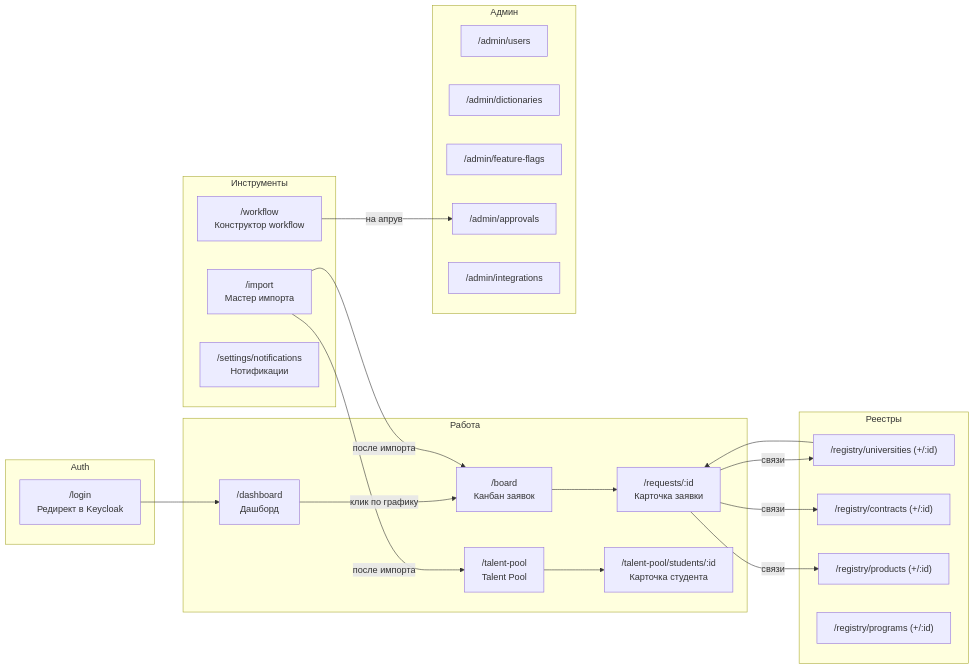
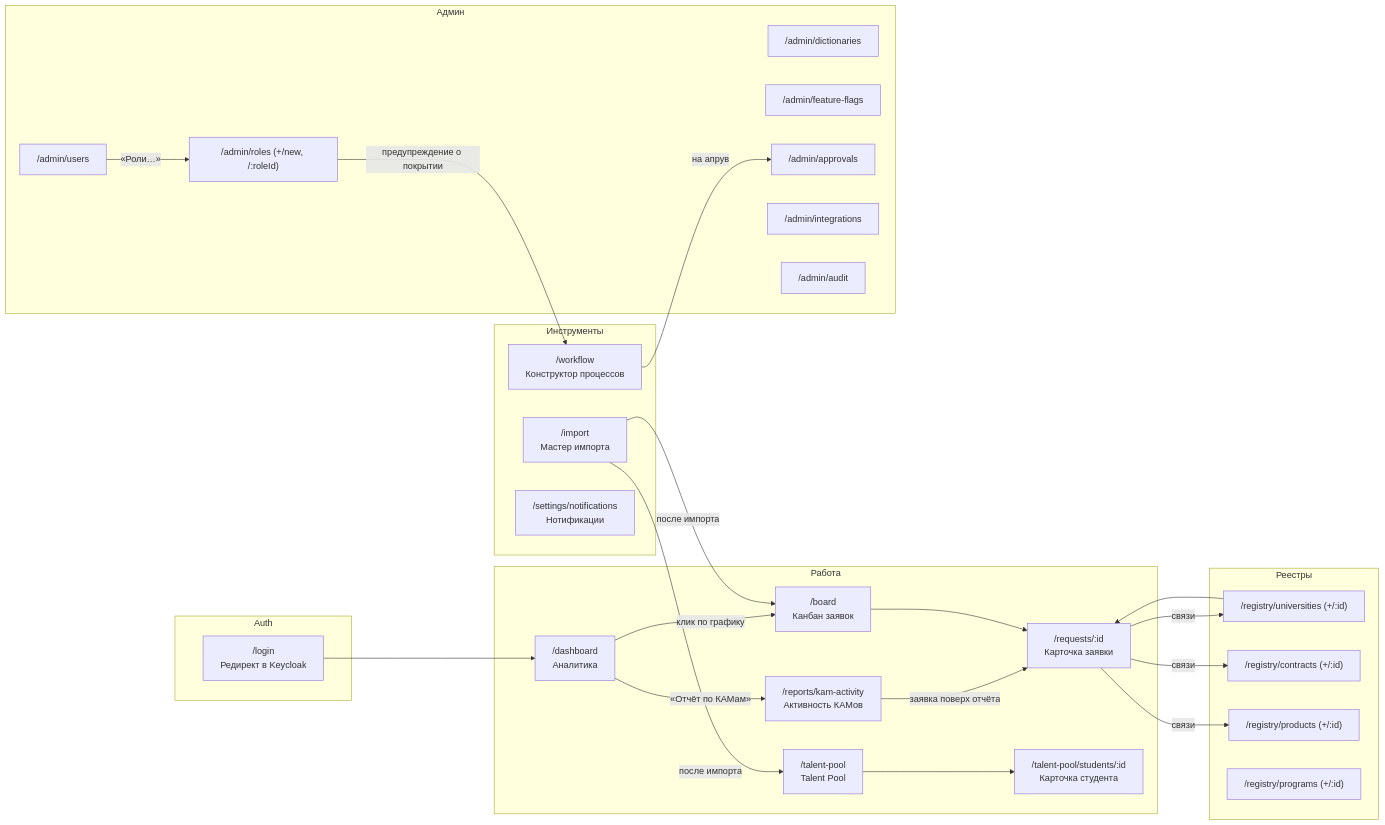
The first of 4 diagrams in docs/design/ux.md (ilya2108/Collabse-LCT-Alma), drawn with Mermaid before and after one commit. The commit also changed other lines of this file and 26 other files, not shown here.

````diff
--- a/docs/design/ux.md
+++ b/docs/design/ux.md
@@ -137,39 +152,46 @@
 ```mermaid
 flowchart LR
   subgraph Auth
     LOGIN["/login\nРедирект в Keycloak"]
   end
   subgraph Работа
-    DASH["/dashboard\nДашборд"]
+    DASH["/dashboard\nАналитика"]
+    KAMACT["/reports/kam-activity\nАктивность КАМов"]
     BOARD["/board\nКанбан заявок"]
     REQ["/requests/:id\nКарточка заявки"]
     TP["/talent-pool\nTalent Pool"]
     TPS["/talent-pool/students/:id\nКарточка студента"]
   end
   subgraph Реестры
     RU["/registry/universities (+/:id)"]
     RC["/registry/contracts (+/:id)"]
     RP["/registry/products (+/:id)"]
     RPR["/registry/programs (+/:id)"]
   end
   subgraph Инструменты
-    WF["/workflow\nКонструктор workflow"]
+    WF["/workflow\nКонструктор процессов"]
     IMP["/import\nМастер импорта"]
     NOTIF["/settings/notifications\nНотификации"]
   end
   subgraph Админ
     AUSERS["/admin/users"]
+    AROLES["/admin/roles (+/new, /:roleId)"]
     ADICT["/admin/dictionaries"]
     AFLAGS["/admin/feature-flags"]
     AAPPR["/admin/approvals"]
     AINT["/admin/integrations"]
+    AAUD["/admin/audit"]
   end
   LOGIN --> DASH
   DASH -->|клик по графику| BOARD
+  DASH -->|«Отчёт по КАМам»| KAMACT
+  KAMACT -->|заявка поверх отчёта| REQ
   BOARD --> REQ
   REQ -->|связи| RU & RC & RP
   RU --> REQ
   TP --> TPS
   IMP -->|после импорта| BOARD & TP
   WF -->|на апрув| AAPPR
+  AUSERS -->|«Роли…»| AROLES
+  AROLES -->|предупреждение о покрытии| WF
 ```
````
